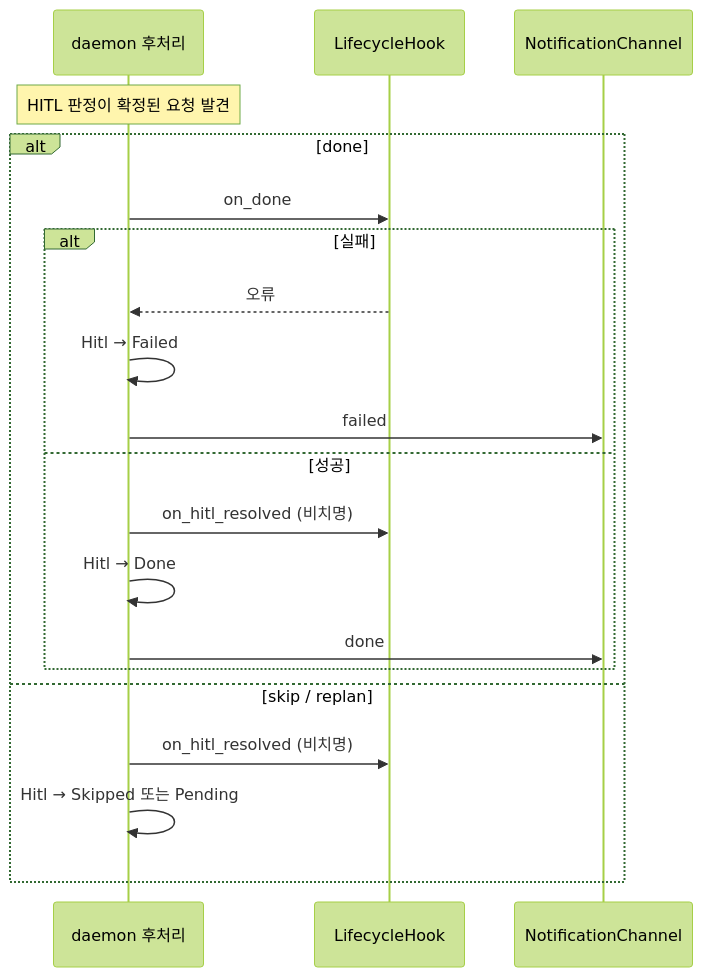
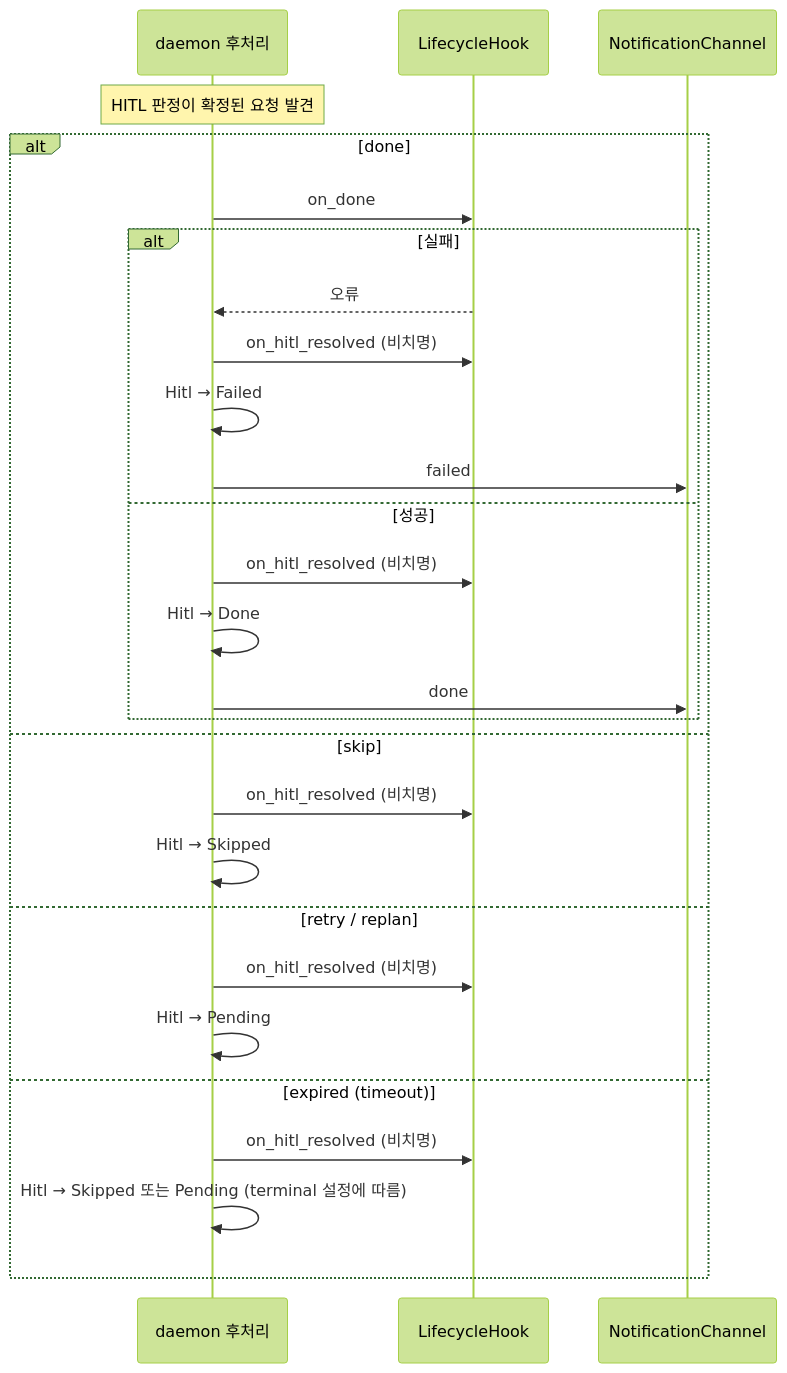
The fifth of 6 diagrams in spec/concerns/lifecycle-hook.md (kys0213/belt), drawn with Mermaid (forest theme) before and after one commit. The commit also changed other lines of this file and 2 other files, not shown here.

Commit message:
docs(spec): address review findings on notification and CLI spec

````diff
--- a/spec/concerns/lifecycle-hook.md
+++ b/spec/concerns/lifecycle-hook.md
@@ -162,22 +162,29 @@
 ```mermaid
 sequenceDiagram
     participant D as daemon 후처리
     participant HK as LifecycleHook
     participant CH as NotificationChannel
     Note over D: HITL 판정이 확정된 요청 발견
     alt done
         D->>HK: on_done
         alt 실패
             HK-->>D: 오류
+            D->>HK: on_hitl_resolved (비치명)
             D->>D: Hitl → Failed
             D->>CH: failed
         else 성공
             D->>HK: on_hitl_resolved (비치명)
             D->>D: Hitl → Done
             D->>CH: done
         end
-    else skip / replan
+    else skip
         D->>HK: on_hitl_resolved (비치명)
-        D->>D: Hitl → Skipped 또는 Pending
+        D->>D: Hitl → Skipped
+    else retry / replan
+        D->>HK: on_hitl_resolved (비치명)
+        D->>D: Hitl → Pending
+    else expired (timeout)
+        D->>HK: on_hitl_resolved (비치명)
+        D->>D: Hitl → Skipped 또는 Pending (terminal 설정에 따름)
     end
 ```
````
